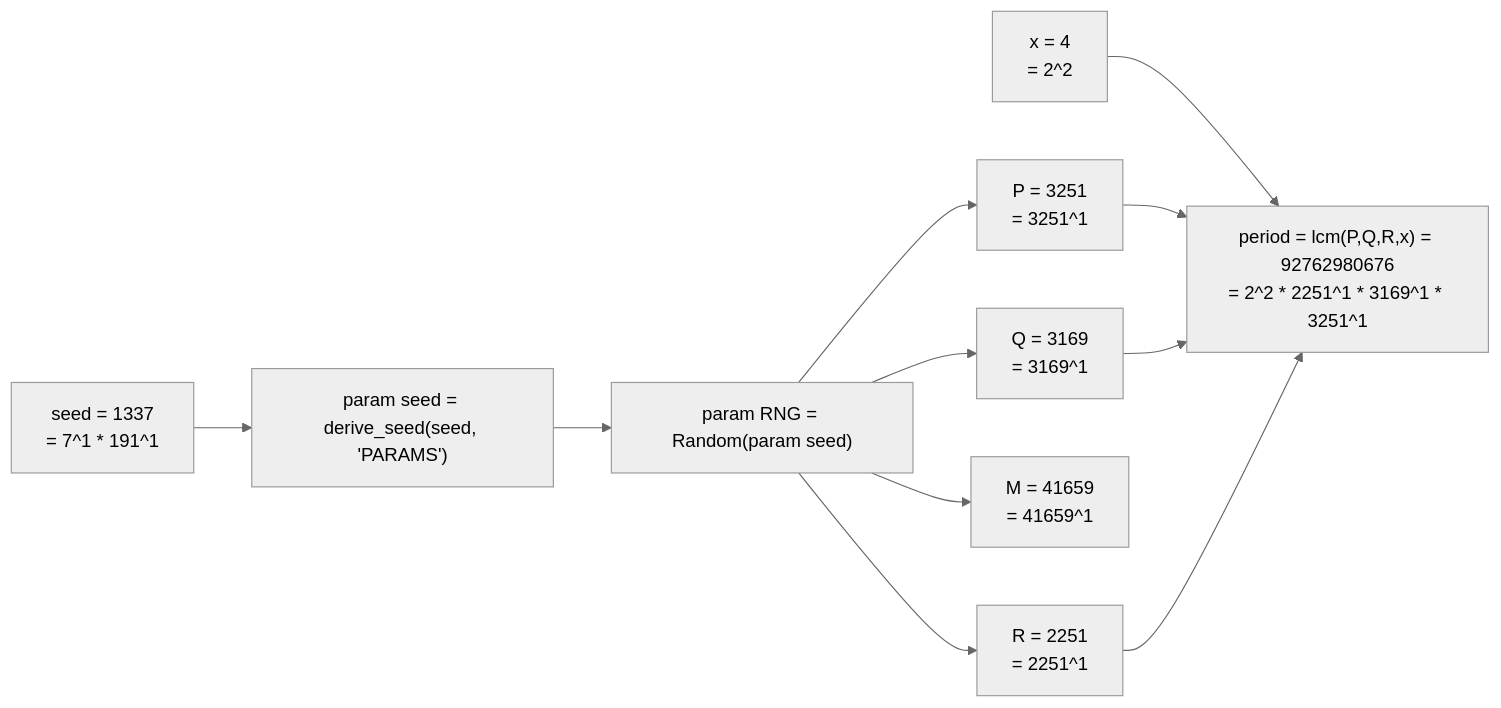
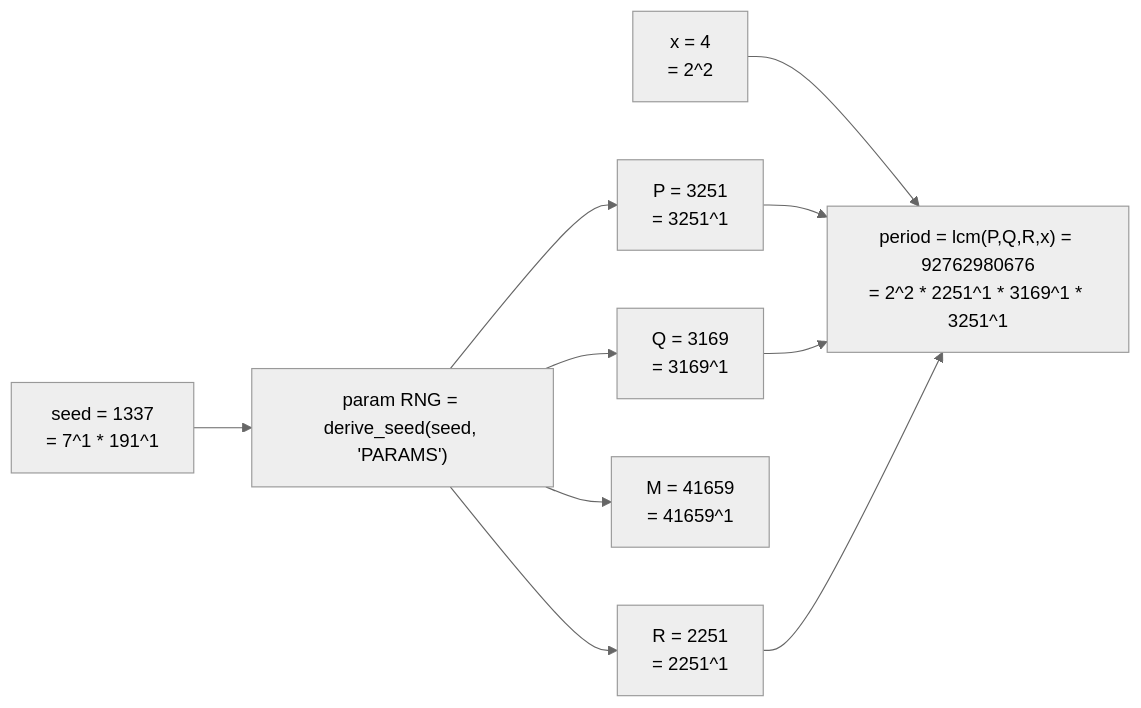
Before and after one commit to cekkr/phaselane-algorithm: the third of 10 diagrams in papers/main-paper.md, drawn with Mermaid. The commit also changed other lines of this file, not shown here.

````diff
--- a/papers/main-paper.md
+++ b/papers/main-paper.md
@@ -166,14 +152,13 @@
 ```mermaid
 %%{init: {"theme":"neutral","flowchart":{"curve":"basis"}} }%%
 flowchart LR
-  Seed1337["seed = 1337<br/>= 7^1 * 191^1"] --> ParamSeed1337["param seed = derive_seed(seed, 'PARAMS')"]
-  ParamSeed1337 --> ParamRng1337["param RNG = Random(param seed)"]
-  ParamRng1337 --> P1337["P = 3251<br/>= 3251^1"]
-  ParamRng1337 --> Q1337["Q = 3169<br/>= 3169^1"]
-  ParamRng1337 --> R1337["R = 2251<br/>= 2251^1"]
-  ParamRng1337 --> M1337["M = 41659<br/>= 41659^1"]
+  Seed1337["seed = 1337<br/>= 7^1 * 191^1"] --> Rng1337["param RNG = derive_seed(seed, 'PARAMS')"]
+  Rng1337 --> P1337["P = 3251<br/>= 3251^1"]
+  Rng1337 --> Q1337["Q = 3169<br/>= 3169^1"]
+  Rng1337 --> R1337["R = 2251<br/>= 2251^1"]
+  Rng1337 --> M1337["M = 41659<br/>= 41659^1"]
   X1337["x = 4<br/>= 2^2"] --> Period1337["period = lcm(P,Q,R,x) = 92762980676<br/>= 2^2 * 2251^1 * 3169^1 * 3251^1"]
   P1337 --> Period1337
   Q1337 --> Period1337
   R1337 --> Period1337
 ```
````
